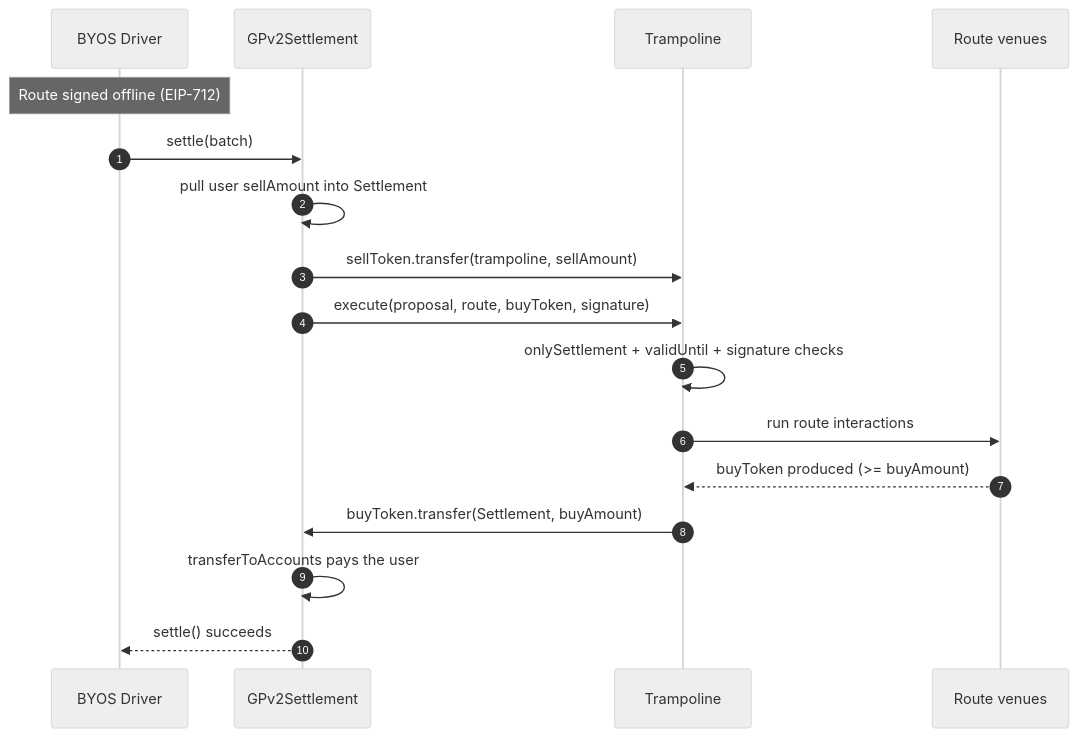
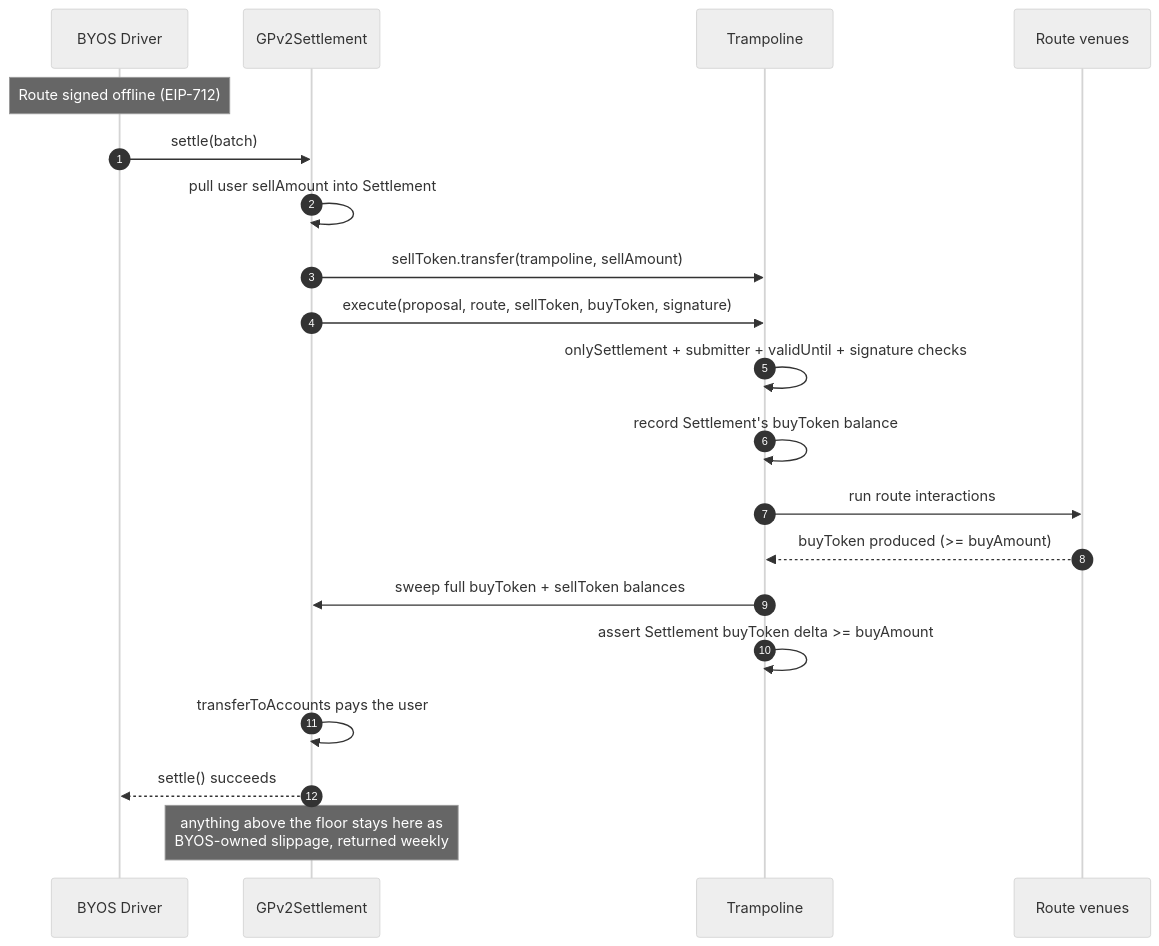
One commit to bleu/byos-contracts changed the first of 3 diagrams in docs/order-flow.md. Above: the diagram before and after it, drawn with Mermaid (neutral theme). The commit also changed other lines of this file and 17 other files, not shown here.

First line of the commit message:
feat: buyAmount floor, both-token sweep, and settlement custody of surplus (#27)

````diff
--- a/docs/order-flow.md
+++ b/docs/order-flow.md
@@ -31,20 +40,23 @@
 ```mermaid
 sequenceDiagram
     autonumber
     participant D as BYOS Driver
     participant S as GPv2Settlement
     participant T as Trampoline
     participant R as Route venues
 
     Note over D: Route signed offline (EIP-712)
     D->>S: settle(batch)
     S->>S: pull user sellAmount into Settlement
     S->>T: sellToken.transfer(trampoline, sellAmount)
-    S->>T: execute(proposal, route, buyToken, signature)
-    T->>T: onlySettlement + validUntil + signature checks
+    S->>T: execute(proposal, route, sellToken, buyToken, signature)
+    T->>T: onlySettlement + submitter + validUntil + signature checks
+    T->>T: record Settlement's buyToken balance
     T->>R: run route interactions
     R-->>T: buyToken produced (>= buyAmount)
-    T->>S: buyToken.transfer(Settlement, buyAmount)
+    T->>S: sweep full buyToken + sellToken balances
+    T->>T: assert Settlement buyToken delta >= buyAmount
     S->>S: transferToAccounts pays the user
     S-->>D: settle() succeeds
+    Note over S: anything above the floor stays here as<br/>BYOS-owned slippage, returned weekly
 ```
````
